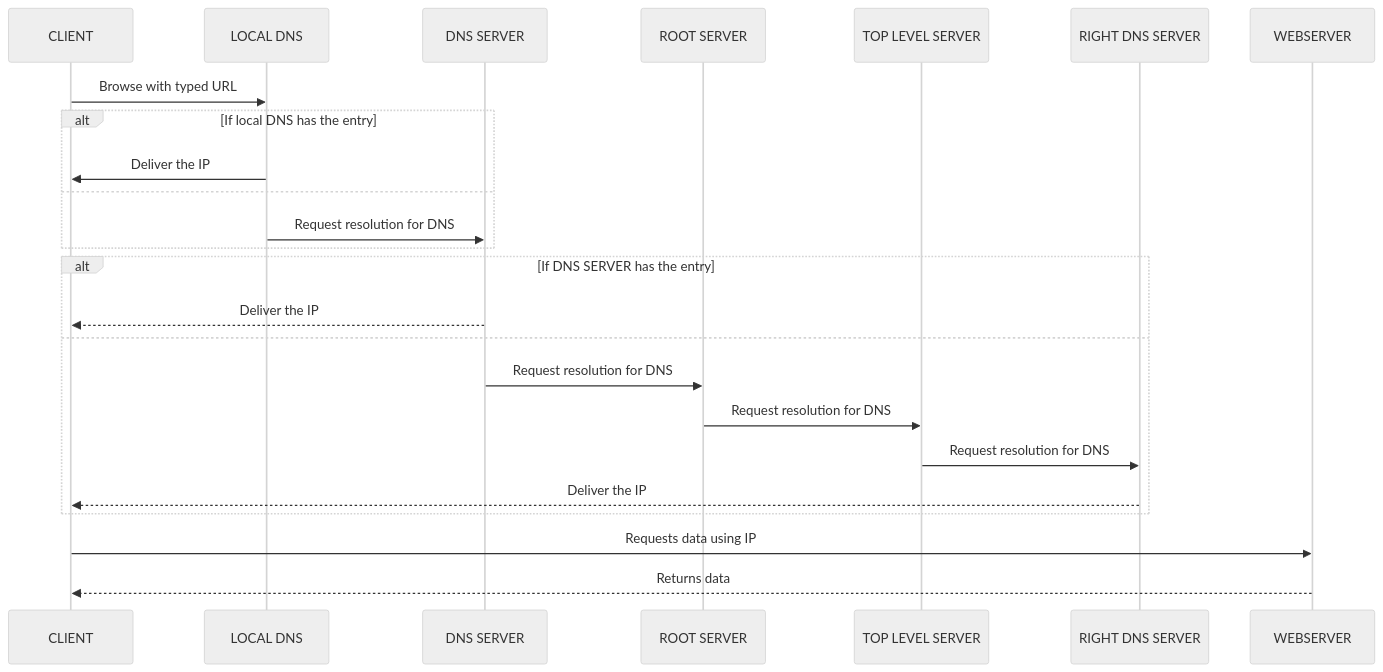
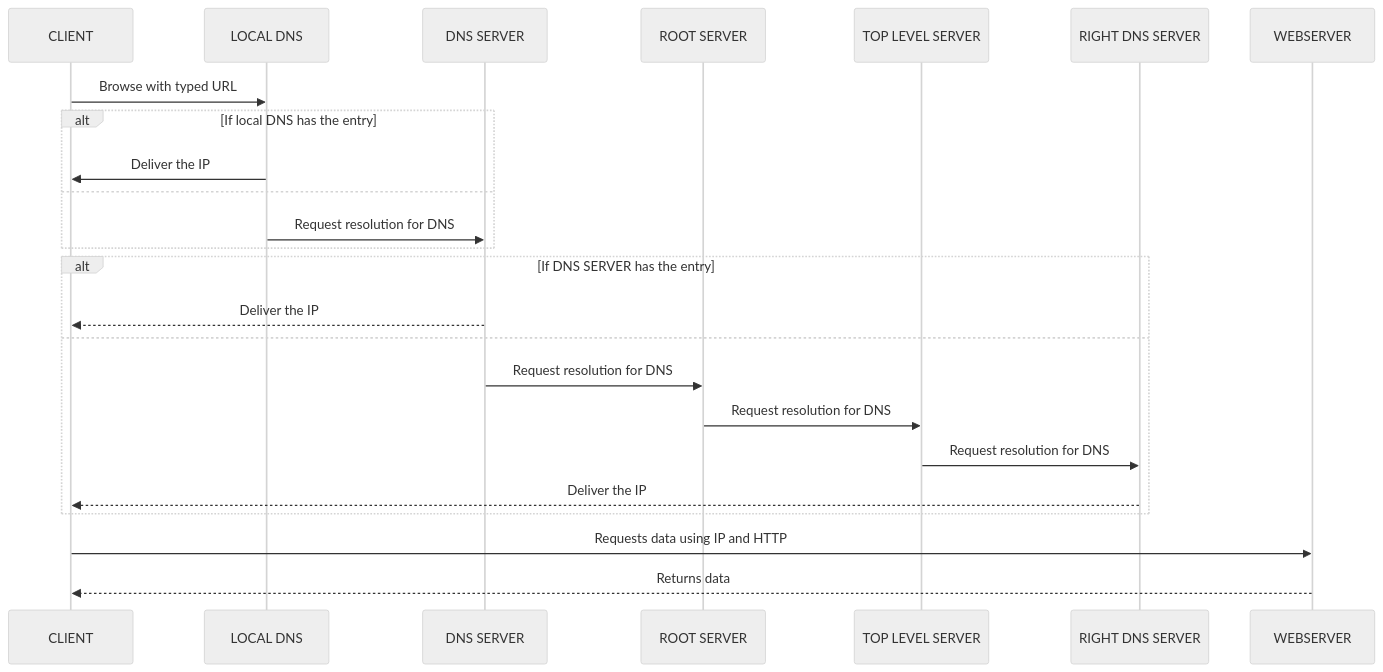
One commit to mathalro/micromaster-cloudcomputing changed the second of 2 diagrams in engineering-management/week1.md. Above: the diagram before and after it, drawn with Mermaid (neutral theme). The commit also changed other lines of this file, not shown here.

````diff
--- a/engineering-management/week1.md
+++ b/engineering-management/week1.md
@@ -79,30 +79,30 @@
 ```mermaid
  sequenceDiagram
     participant CLIENT
     participant LOCAL DNS
     participant DNS SERVER
     participant ROOT SERVER
     participant TOP LEVEL SERVER
     participant RIGHT DNS SERVER
     participant WEBSERVER
 
     CLIENT->>LOCAL DNS: Browse with typed URL
     
     alt If local DNS has the entry
      LOCAL DNS->>CLIENT: Deliver the IP
     else
      LOCAL DNS->>DNS SERVER: Request resolution for DNS
     end
     
     alt If DNS SERVER has the entry
      DNS SERVER-->>CLIENT: Deliver the IP
     else
      DNS SERVER->>ROOT SERVER: Request resolution for DNS
      ROOT SERVER->>TOP LEVEL SERVER: Request resolution for DNS
      TOP LEVEL SERVER->>RIGHT DNS SERVER: Request resolution for DNS
      RIGHT DNS SERVER-->>CLIENT: Deliver the IP
     end
     
-    CLIENT->>WEBSERVER: Requests data using IP
+    CLIENT->>WEBSERVER: Requests data using IP and HTTP
     WEBSERVER-->>CLIENT: Returns data
 ```
````
